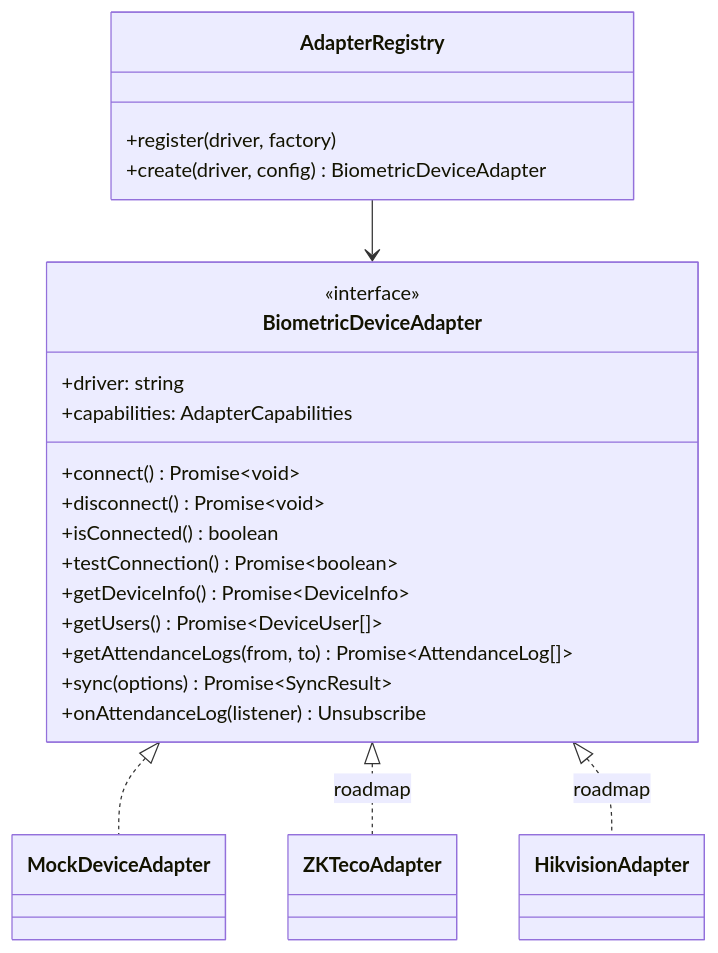
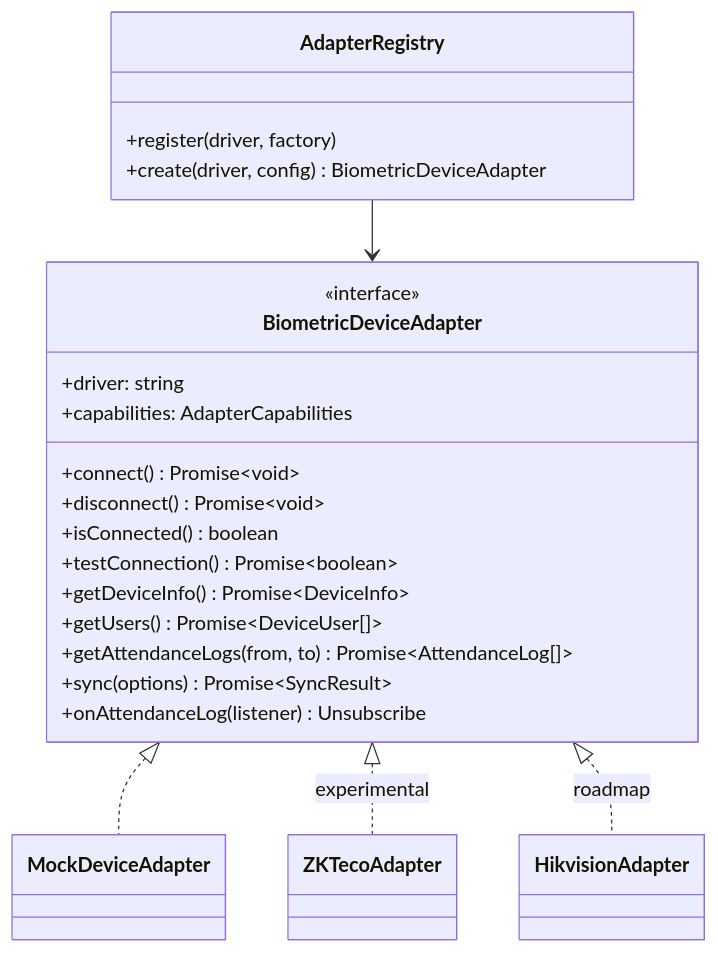
One commit to Angel17jc/AsistControl changed the diagram in docs/device-integration.md. Above: the diagram before and after it, drawn with Mermaid. The commit also changed other lines of this file and 15 other files, not shown here.

First line of the commit message:
feat(biometric-core): add experimental ZKTeco adapter (#31)

````diff
--- a/docs/device-integration.md
+++ b/docs/device-integration.md
@@ -7,25 +7,25 @@
 ```mermaid
 classDiagram
   class BiometricDeviceAdapter {
     <<interface>>
     +driver: string
     +capabilities: AdapterCapabilities
     +connect() Promise~void~
     +disconnect() Promise~void~
     +isConnected() boolean
     +testConnection() Promise~boolean~
     +getDeviceInfo() Promise~DeviceInfo~
     +getUsers() Promise~DeviceUser[]~
     +getAttendanceLogs(from, to) Promise~AttendanceLog[]~
     +sync(options) Promise~SyncResult~
     +onAttendanceLog(listener) Unsubscribe
   }
   BiometricDeviceAdapter <|.. MockDeviceAdapter
-  BiometricDeviceAdapter <|.. ZKTecoAdapter : roadmap
+  BiometricDeviceAdapter <|.. ZKTecoAdapter : experimental
   BiometricDeviceAdapter <|.. HikvisionAdapter : roadmap
   class AdapterRegistry {
     +register(driver, factory)
     +create(driver, config) BiometricDeviceAdapter
   }
   AdapterRegistry --> BiometricDeviceAdapter
 ```
````
